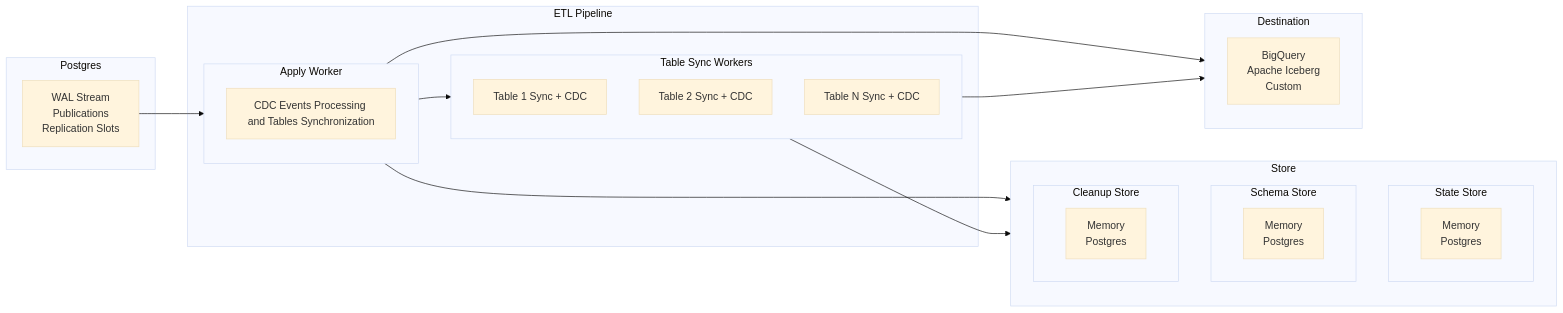
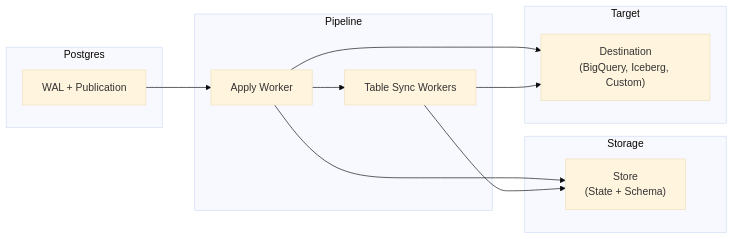
One commit to supabase/etl changed the diagram in docs/explanation/architecture.md. Above: the diagram before and after it, drawn with Mermaid (base theme). The commit also changed other lines of this file and 10 other files, not shown here.

````diff
--- a/docs/explanation/architecture.md
+++ b/docs/explanation/architecture.md
@@ -9,45 +9,26 @@
 ```mermaid
 flowchart LR
     subgraph Postgres
-        A["WAL Stream<br>Publications<br>Replication Slots"]
+        WAL["WAL + Publication"]
     end
 
-    subgraph ETL_Pipeline[ETL Pipeline]
-        subgraph ApplyWorker[Apply Worker]
-            B1["CDC Events Processing and Tables Synchronization"]
-        end
-
-        subgraph TableSyncWorkers[Table Sync Workers]
-            B2["Table 1 Sync + CDC"]
-            B3["Table 2 Sync + CDC"]
-            B4["Table N Sync + CDC"]
-        end
+    subgraph Pipeline
+        Apply["Apply Worker"]
+        Sync["Table Sync Workers"]
     end
 
-    subgraph Destination[Destination]
-        Dest["BigQuery<br>Apache Iceberg<br>Custom"]
+    subgraph Storage
+        Store["Store<br>(State + Schema)"]
     end
 
-    subgraph Store[Store]
-        subgraph StateStore[State Store]
-            D1["Memory<br>Postgres"]
-        end
-
-        subgraph SchemaStore[Schema Store]
-            D2["Memory<br>Postgres"]
-        end
-
-        subgraph CleanupStore[Cleanup Store]
-            D3["Memory<br>Postgres"]
-        end
+    subgraph Target
+        Dest["Destination<br>(BigQuery, Iceberg, Custom)"]
     end
 
-    A --> ApplyWorker
-    ApplyWorker --> TableSyncWorkers
-
-    ApplyWorker --> Destination
-    TableSyncWorkers --> Destination
-
-    ApplyWorker --> Store
-    TableSyncWorkers --> Store
+    WAL --> Apply
+    Apply --> Sync
+    Apply --> Dest
+    Sync --> Dest
+    Apply --> Store
+    Sync --> Store
 ```
````
